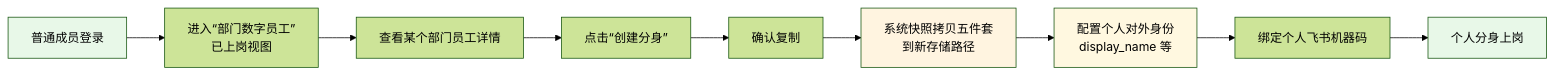
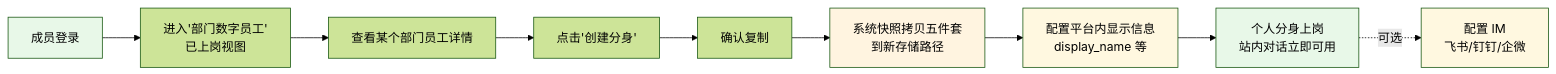
One commit to wayyet/hirebot-web changed the fourth of 10 diagrams in 02-0 雇佣端完整需求规格说明书.md. Above: the diagram before and after it, drawn with Mermaid (forest theme). The commit also changed other lines of this file and 18 other files, not shown here.

````diff
--- a/02-0 雇佣端完整需求规格说明书.md
+++ b/02-0 雇佣端完整需求规格说明书.md
@@ -273,16 +374,18 @@
 ```mermaid
 flowchart LR
-    Start[普通成员登录] --> Browse[进入“部门数字员工”<br/>已上岗视图]
+    Start[成员登录] --> Browse["进入'部门数字员工'<br/>已上岗视图"]
     Browse --> Detail[查看某个部门员工详情]
-    Detail --> Create[点击“创建分身”]
+    Detail --> Create["点击'创建分身'"]
     Create --> Confirm[确认复制]
-    Confirm --> Snapshot[系统快照拷贝五件套<br/>到新存储路径]
-    Snapshot --> Identity[配置个人对外身份<br/>display_name 等]
-    Identity --> Bind[绑定个人飞书机器码]
-    Bind --> Live[个人分身上岗]
-    
+    Confirm --> Snapshot["系统快照拷贝五件套<br/>到新存储路径"]
+    Snapshot --> Identity["配置平台内显示信息<br/>display_name 等"]
+    Identity --> Live["个人分身上岗<br/>站内对话立即可用"]
+
+    Live -.可选.-> IMBind["配置 IM<br/>飞书/钉钉/企微"]
+
     style Start fill:#e8f8e8
     style Snapshot fill:#fff4e0
     style Identity fill:#fff8e0
     style Live fill:#e8f8e8
+    style IMBind fill:#fff8e0
 ```
````
